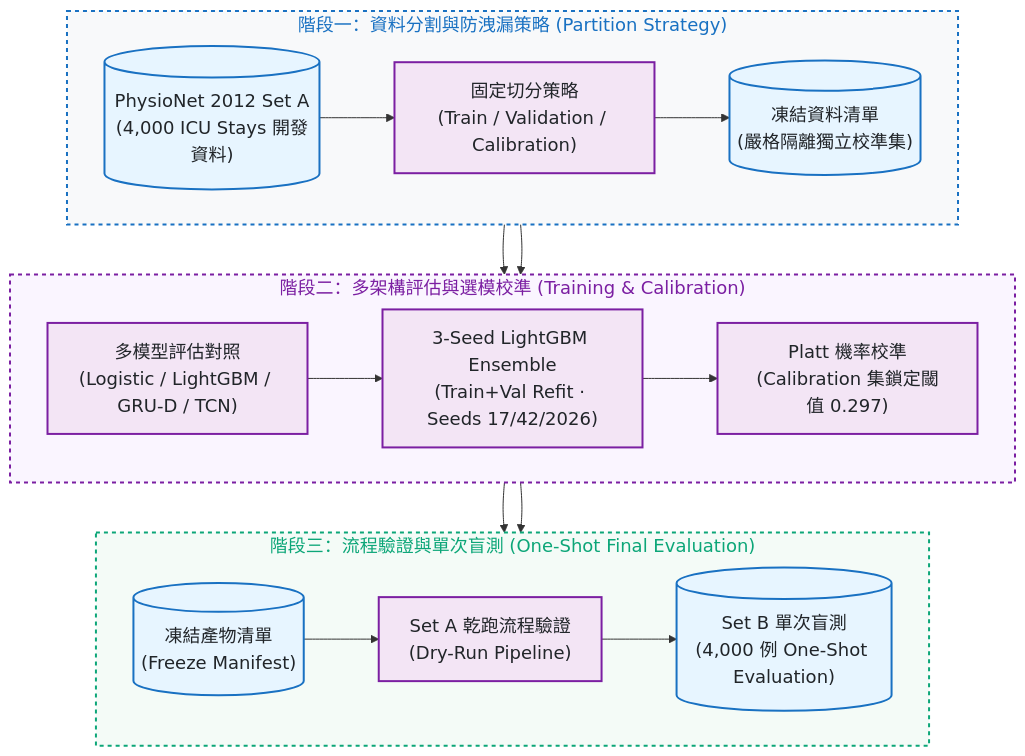
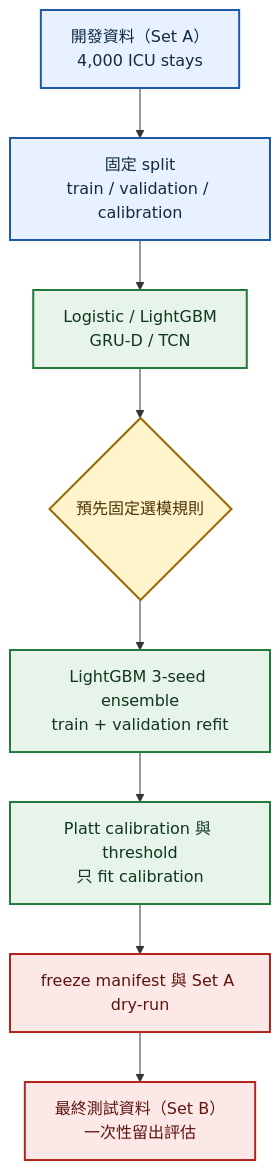
One commit to kuotunyu/CareRisk-48H changed the first of 2 diagrams in README.md. Above: the diagram before and after it, drawn with Mermaid. The commit also changed other lines of this file and 17 other files, not shown here.

````diff
--- a/README.md
+++ b/README.md
@@ -33,31 +30,19 @@
 ```mermaid
-%%{init: {'themeVariables': {'fontSize': '18px'}}}%%
 flowchart TD
-    subgraph Stage1 ["階段一：資料分割與防洩漏策略 (Partition Strategy)"]
-        direction LR
-        Raw[("PhysioNet 2012 Set A<br/>(4,000 ICU Stays 開發資料)")] --> Strat["固定切分策略<br/>(Train / Validation / Calibration)"] --> Sets[("凍結資料清單<br/>(嚴格隔離獨立校準集)")]
-    end
+    A["開發資料（Set A）<br/>4,000 ICU stays"] --> B["固定 split<br/>train / validation / calibration"]
+    B --> C["Logistic / LightGBM<br/>GRU-D / TCN"]
+    C --> D{"預先固定選模規則"}
+    D --> E["LightGBM 3-seed ensemble<br/>train + validation refit"]
+    E --> F["Platt calibration 與 threshold<br/>只 fit calibration"]
+    F --> G["freeze manifest 與 Set A dry-run"]
+    G --> H["最終測試資料（Set B）<br/>一次性留出評估"]
 
-    subgraph Stage2 ["階段二：多架構評估與選模校準 (Training & Calibration)"]
-        direction LR
-        Sets --> Models["多模型評估對照<br/>(Logistic / LightGBM / GRU-D / TCN)"] --> Refit["3-Seed LightGBM Ensemble<br/>(Train+Val Refit · Seeds 17/42/2026)"] --> Calib["Platt 機率校準<br/>(Calibration 集鎖定閾值 0.297)"]
-    end
-
-    subgraph Stage3 ["階段三：流程驗證與單次盲測 (One-Shot Final Evaluation)"]
-        direction LR
-        Calib --> Manifest[("凍結產物清單<br/>(Freeze Manifest)")] --> DryRun["Set A 乾跑流程驗證<br/>(Dry-Run Pipeline)"] --> FinalEval[("Set B 單次盲測<br/>(4,000 例 One-Shot Evaluation)")]
-    end
-
-    Stage1 --> Stage2 --> Stage3
-
-    classDef srcStyle fill:#e7f5ff,stroke:#1971c2,stroke-width:2px,color:#212529
-    classDef procStyle fill:#f3e5f5,stroke:#7b1fa2,stroke-width:2px,color:#212529
-    classDef evalStyle fill:#e6fcf5,stroke:#0ca678,stroke-width:2px,color:#212529
-
-    class Raw,Sets,Manifest,FinalEval srcStyle
-    class Strat,Models,Refit,Calib,DryRun procStyle
-
-    style Stage1 fill:#f8f9fa,stroke:#1971c2,stroke-width:2px,color:#1971c2,stroke-dasharray: 4 4
-    style Stage2 fill:#faf5ff,stroke:#7b1fa2,stroke-width:2px,color:#7b1fa2,stroke-dasharray: 4 4
-    style Stage3 fill:#f4fbf7,stroke:#0ca678,stroke-width:2px,color:#0ca678,stroke-dasharray: 4 4
+    classDef data fill:#E8F1FF,stroke:#1E5AA8,stroke-width:2px,color:#102A43
+    classDef process fill:#E6F4EA,stroke:#237A3B,stroke-width:2px,color:#12351E
+    classDef decision fill:#FFF4CC,stroke:#9A6700,stroke-width:2px,color:#4A3200
+    classDef gate fill:#FCE8E6,stroke:#B3261E,stroke-width:2px,color:#5F1410
+    class A,B data
+    class C,E,F process
+    class D decision
+    class G,H gate
 ```
````
